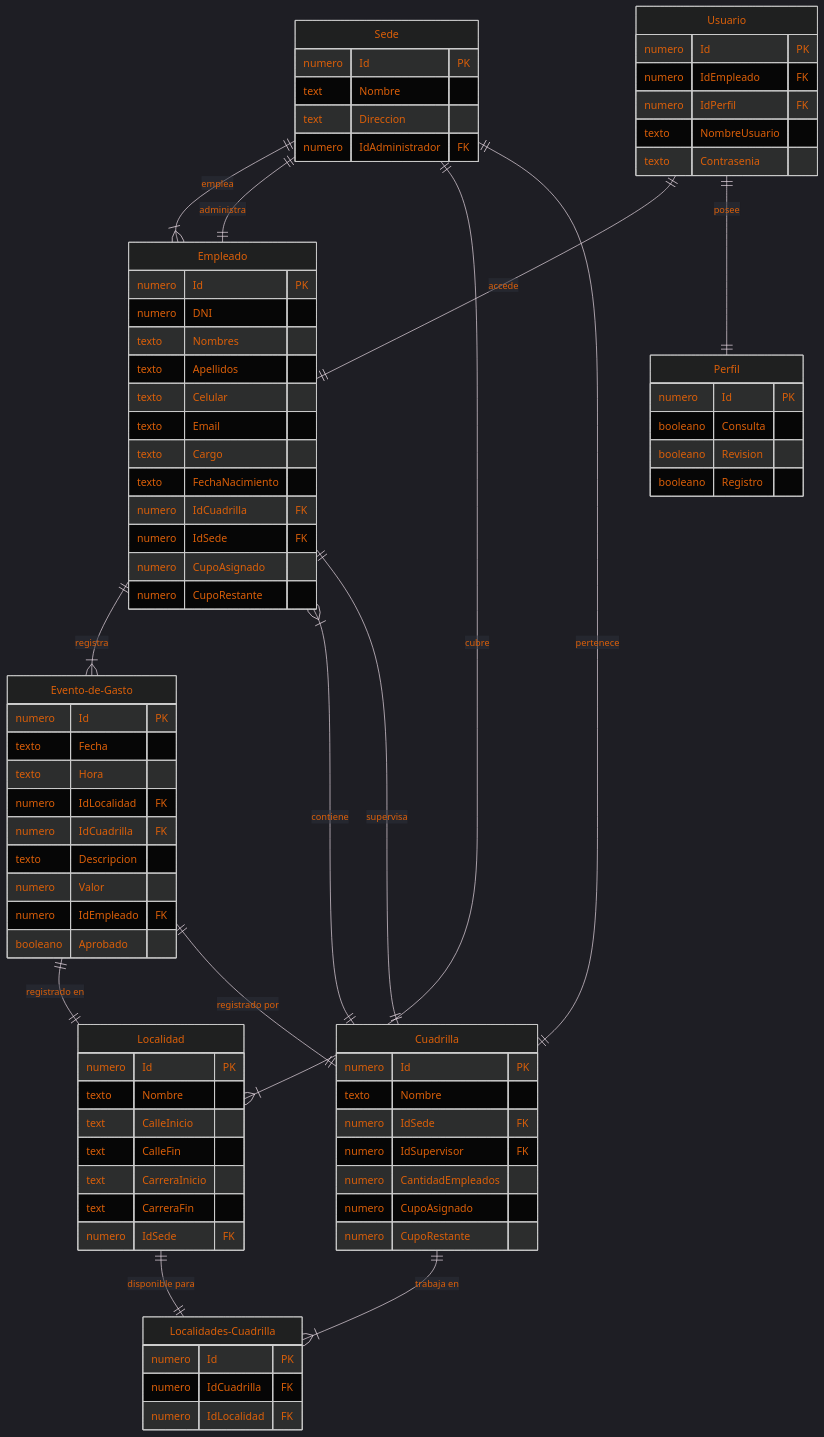
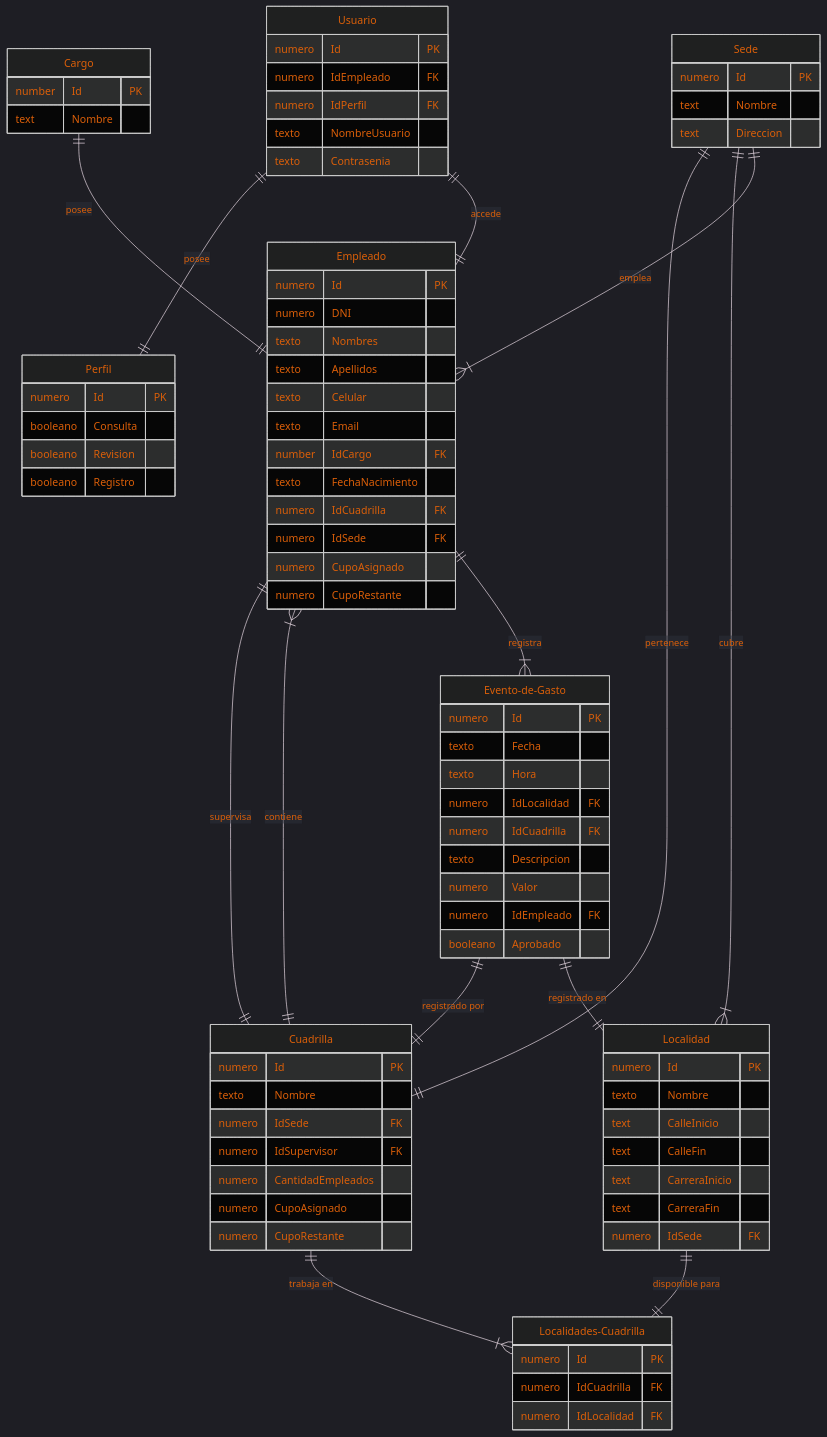
Before and after one commit to sfelipehh/ProgramacionAplicada: the third of 3 diagrams in README.md, drawn with Mermaid. The commit also changed other lines of this file and 2 other files, not shown here.

Commit message:
Planeacion *****

```diff
--- a/README.md
+++ b/README.md
@@ -96,7 +98,6 @@
 %%{init: {'theme':'dark', 'themeCSS':'defs marker path {stroke:#edf1e4;}', 'themeVariables':{'primaryBorderColor':'#ffe9e9','lineColor':'#f0e1eb', 'textColor': '#db5f09','primaryColor':'#579cbc','attributeBackgroundColorOdd':'#cfc1d7','tertiaryColor':'#2d313b', 'attributeBackgroundColorEven':'#efc5d4'}}}%%
 erDiagram
     Sede ||--|{ Empleado : emplea
-    Sede ||--|| Empleado : administra
     Sede ||--|{ Localidad : cubre
     
     Cuadrilla ||--|| Sede : pertenece
@@ -113,6 +114,7 @@
     Usuario ||--|| Perfil : posee
     
     Localidad ||--|| Localidades-Cuadrilla : "disponible para"
+    Cargo ||--|| Empleado : posee
     
     Usuario {
         numero Id PK
@@ -133,7 +135,6 @@
         numero Id PK
         text Nombre
         text Direccion
-        numero IdAdministrador FK
         
     }
     
@@ -145,6 +146,11 @@
         text CarreraInicio
         text CarreraFin
         numero IdSede FK
+    }
+    
+    Cargo {
+        number Id PK
+        text Nombre
     }
     
     Localidades-Cuadrilla {
@@ -170,7 +176,7 @@
         texto Apellidos
         texto Celular
         texto Email
-        texto Cargo
+        number IdCargo FK
         texto FechaNacimiento
         numero IdCuadrilla FK
         numero IdSede FK
```
